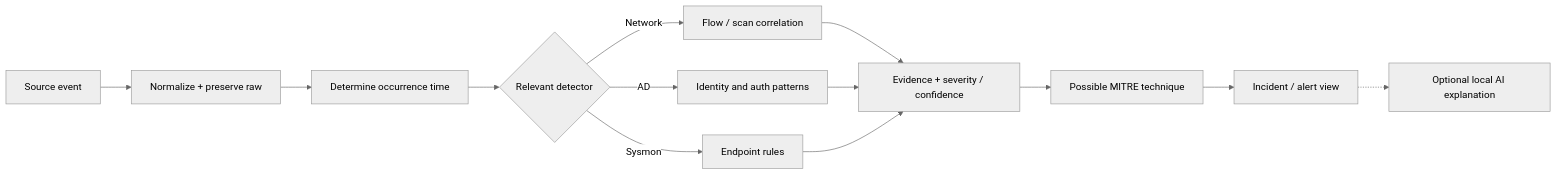
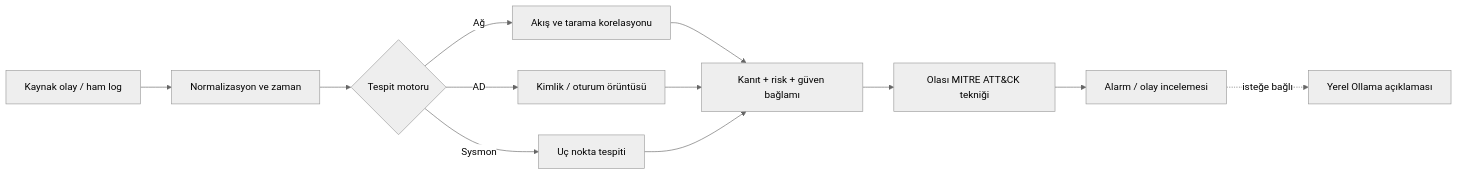
The diagram in docs/detections.md (mahirkau1/AEGIS-SOC), drawn with Mermaid (neutral theme) before and after one commit. The commit also changed other lines of this file and 10 other files, not shown here.

````diff
--- a/docs/detections.md
+++ b/docs/detections.md
@@ -7,15 +7,14 @@
 ```mermaid
 flowchart LR
-  IN[Source event] --> N[Normalize + preserve raw]
-  N --> TIME[Determine occurrence time]
-  TIME --> D{Relevant detector}
-  D -->|Network| NET[Flow / scan correlation]
-  D -->|AD| AD[Identity and auth patterns]
-  D -->|Sysmon| END[Endpoint rules]
-  NET --> EV[Evidence + severity / confidence]
-  AD --> EV
-  END --> EV
-  EV --> MIT[Possible MITRE technique]
-  MIT --> INCIDENT[Incident / alert view]
-  INCIDENT -.-> AI[Optional local AI explanation]
+    O[Kaynak olay / ham log] --> N[Normalizasyon ve zaman]
+    N --> K{Tespit motoru}
+    K -->|Ağ| AG[Akış ve tarama korelasyonu]
+    K -->|AD| AD[Kimlik / oturum örüntüsü]
+    K -->|Sysmon| SY[Uç nokta tespiti]
+    AG --> EV[Kanıt + risk + güven bağlamı]
+    AD --> EV
+    SY --> EV
+    EV --> MIT[Olası MITRE ATT&CK tekniği]
+    MIT --> INC[Alarm / olay incelemesi]
+    INC -. isteğe bağlı .-> AI[Yerel Ollama açıklaması]
 ```
````
